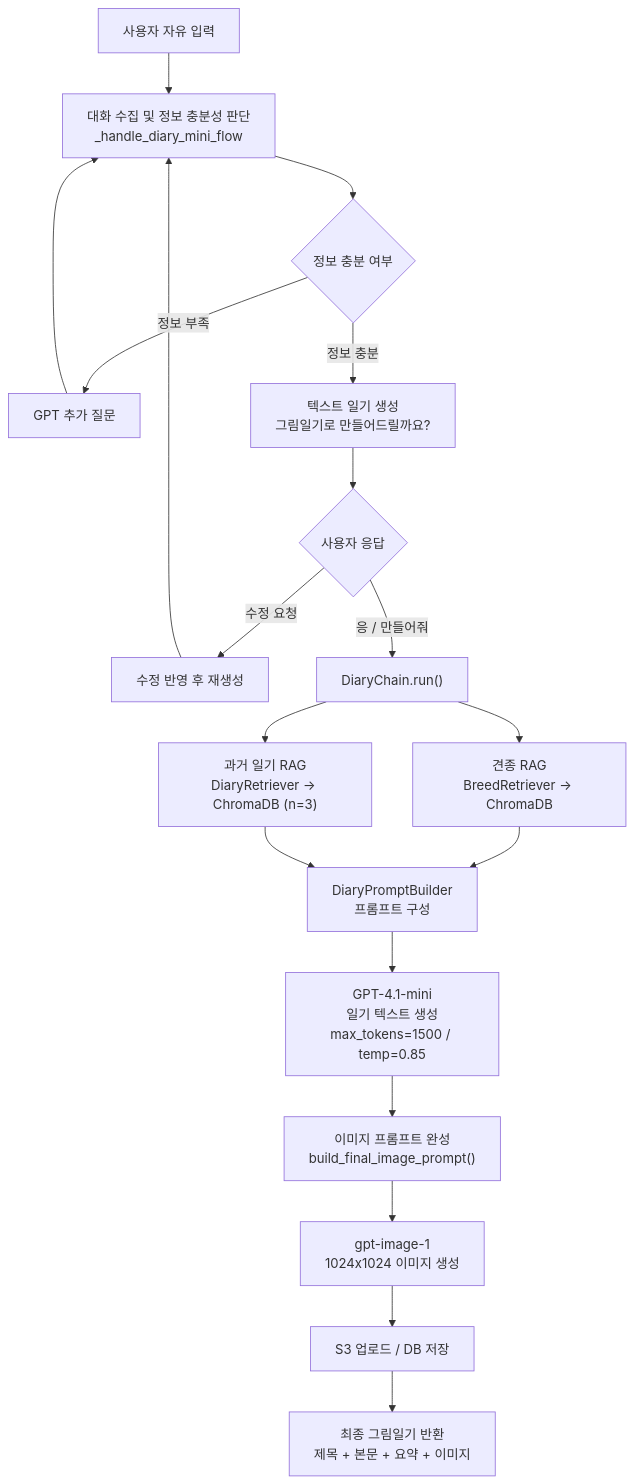
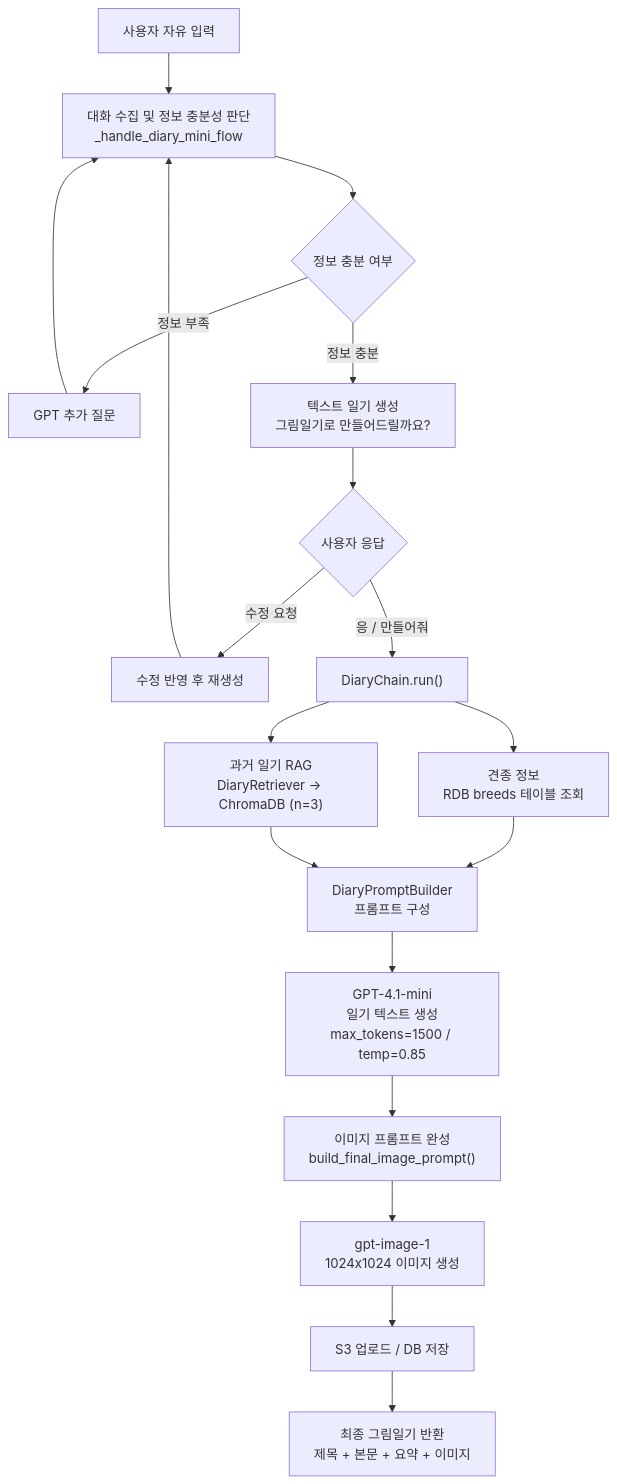
One commit to SKNETWORKS-FAMILY-AICAMP/SKN23-FINAL-3Team changed the first of 2 diagrams in README.md. Above: the diagram before and after it, drawn with Mermaid. The commit also changed other lines of this file and 1 other file, not shown here.

````diff
--- a/README.md
+++ b/README.md
@@ -577,31 +577,31 @@
 ```mermaid
 flowchart TD
     A["사용자 자유 입력"] --> B["대화 수집 및 정보 충분성 판단<br>_handle_diary_mini_flow"]
 
     B --> C{"정보 충분 여부"}
 
     C -->|정보 부족| D["GPT 추가 질문"]
     D --> B
 
     C -->|정보 충분| E["텍스트 일기 생성<br>그림일기로 만들어드릴까요?"]
 
     E --> F{"사용자 응답"}
 
     F -->|수정 요청| G["수정 반영 후 재생성"]
     G --> B
 
     F -->|응 / 만들어줘| H["DiaryChain.run()"]
 
-    H --> I["견종 RAG<br>BreedRetriever → ChromaDB"]
+    H --> I["견종 정보<br>RDB breeds 테이블 조회"]
     H --> J["과거 일기 RAG<br>DiaryRetriever → ChromaDB (n=3)"]
 
     I --> K["DiaryPromptBuilder<br>프롬프트 구성"]
     J --> K
 
     K --> L["GPT-4.1-mini<br>일기 텍스트 생성<br>max_tokens=1500 / temp=0.85"]
 
     L --> M["이미지 프롬프트 완성<br>build_final_image_prompt()"]
     M --> N["gpt-image-1<br>1024x1024 이미지 생성"]
     N --> O["S3 업로드 / DB 저장"]
     O --> P["최종 그림일기 반환<br>제목 + 본문 + 요약 + 이미지"]
 ```
````
